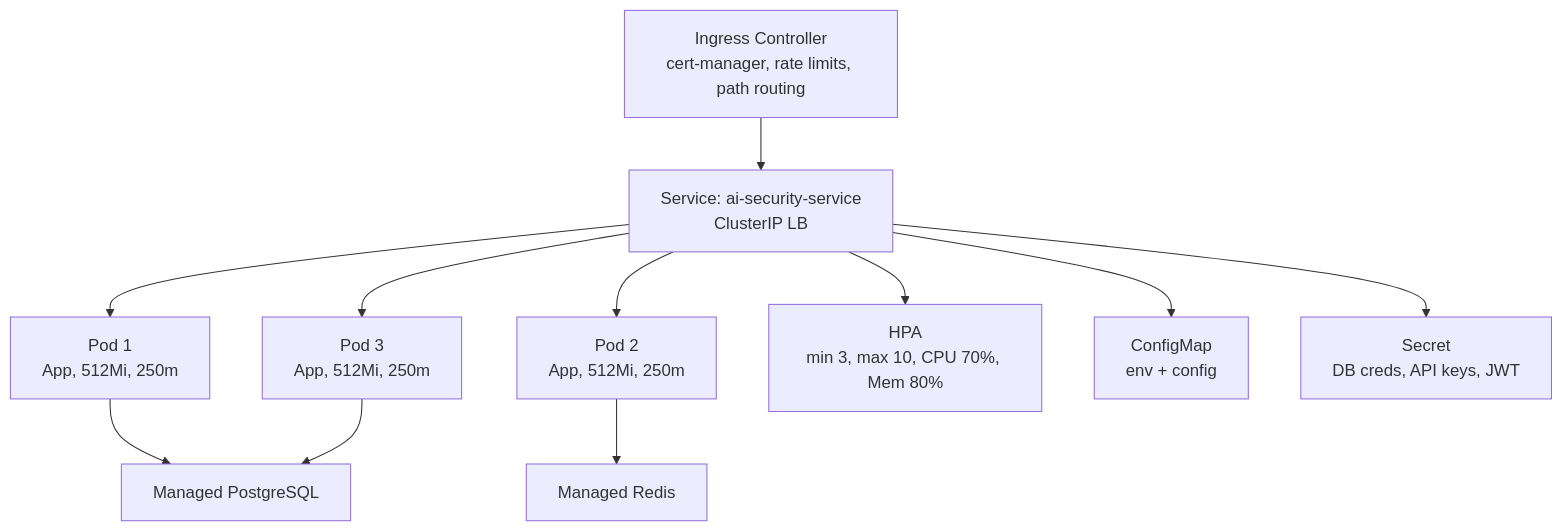
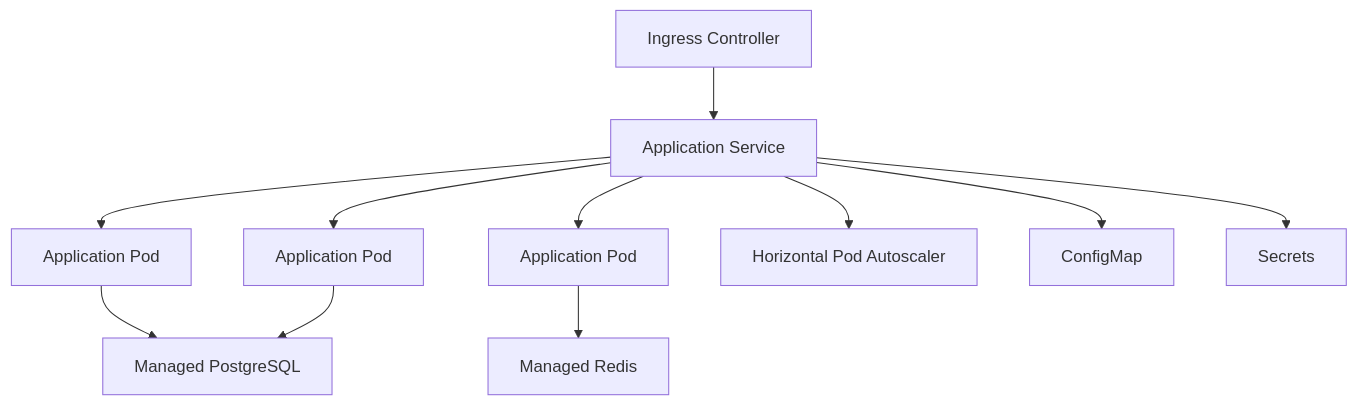
The eighth of 8 diagrams in docs/ARCHITECTURE.md (SabarishR08/llm-prompt-security-middleware), drawn with Mermaid before and after one commit. The commit also changed other lines of this file, not shown here.

````diff
--- a/docs/ARCHITECTURE.md
+++ b/docs/ARCHITECTURE.md
@@ -125,13 +122,13 @@
 ```mermaid
 flowchart TB
-    Ingress[Ingress Controller<br/>cert-manager, rate limits, path routing] --> Svc[Service: ai-security-service<br/>ClusterIP LB]
-    Svc --> P1[Pod 1<br/>App, 512Mi, 250m]
-    Svc --> P2[Pod 2<br/>App, 512Mi, 250m]
-    Svc --> P3[Pod 3<br/>App, 512Mi, 250m]
-    Svc --> HPA[HPA<br/>min 3, max 10, CPU 70%, Mem 80%]
-    Svc --> CM[ConfigMap<br/>env + config]
-    Svc --> Secret[Secret<br/>DB creds, API keys, JWT]
+    Ingress[Ingress Controller] --> Svc[Application Service]
+    Svc --> P1[Application Pod]
+    Svc --> P2[Application Pod]
+    Svc --> P3[Application Pod]
+    Svc --> HPA[Horizontal Pod Autoscaler]
+    Svc --> CM[ConfigMap]
+    Svc --> Secret[Secrets]
     P1 --> PG[Managed PostgreSQL]
     P2 --> Redis[Managed Redis]
     P3 --> PG
 ```
````
